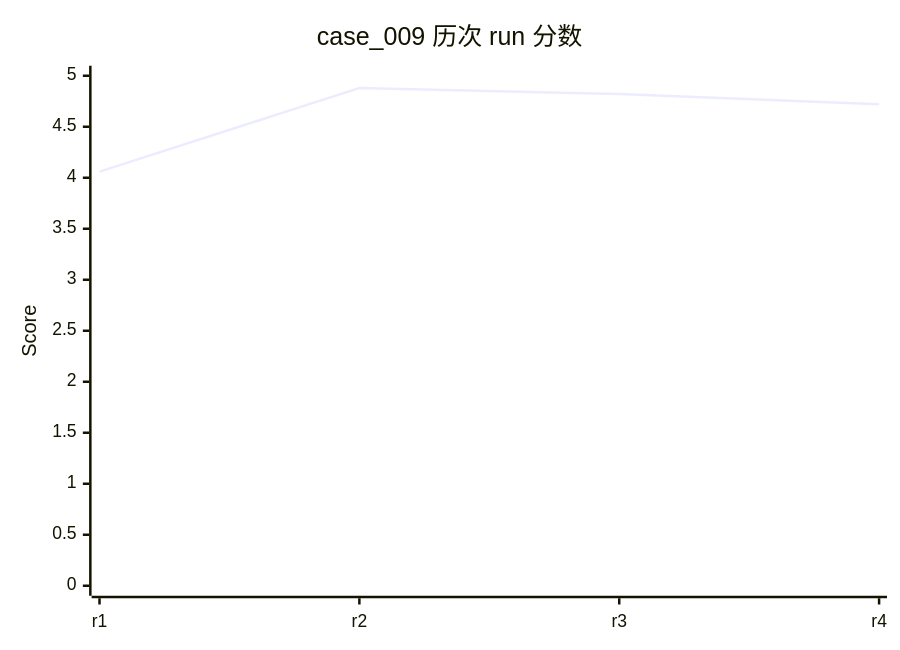
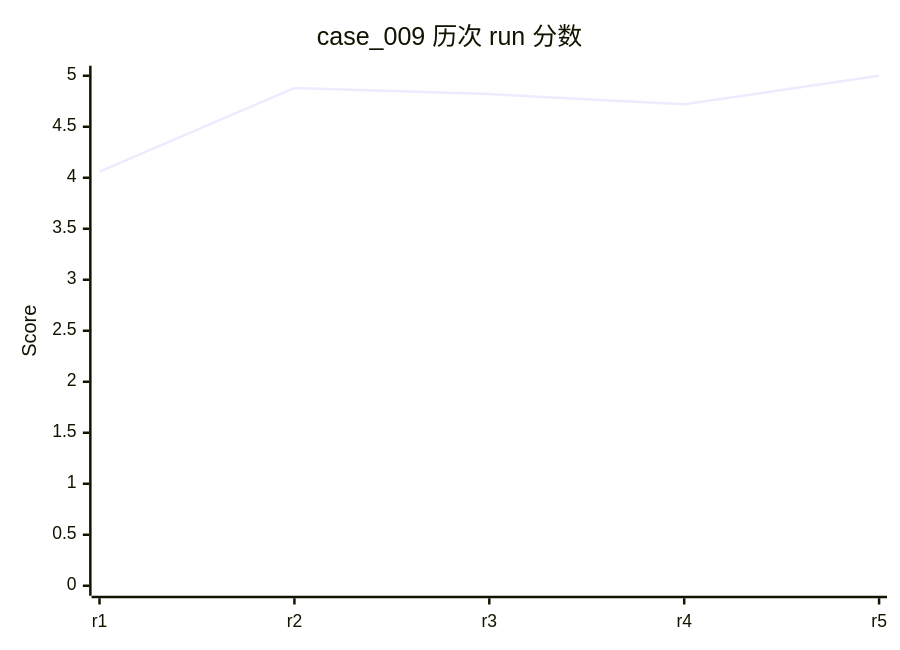
One commit to rushengzhou/sid-code changed diagram 15 of 58 in evals/DASHBOARD.md. Above: the diagram before and after it, drawn with Mermaid. The commit also changed other lines of this file and 53 other files, not shown here.

````diff
--- a/evals/DASHBOARD.md
+++ b/evals/DASHBOARD.md
@@ -370,7 +371,7 @@
 ```mermaid
 xychart-beta
     title "case_009 历次 run 分数"
-    x-axis [r1, r2, r3, r4]
+    x-axis [r1, r2, r3, r4, r5]
     y-axis "Score" 0 --> 5
-    line [4.06, 4.88, 4.82, 4.72]
+    line [4.06, 4.88, 4.82, 4.72, 5.00]
 ```
````
